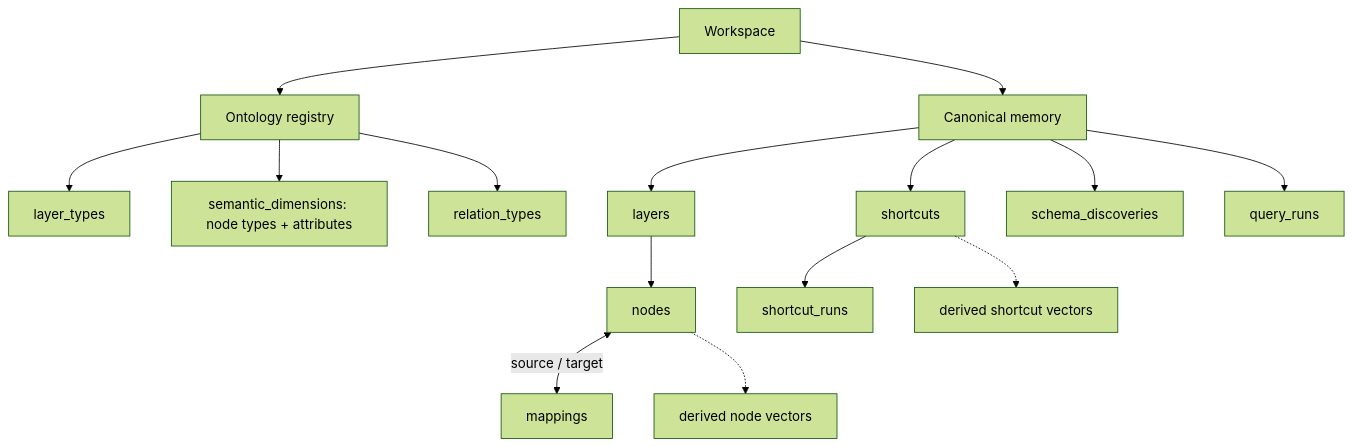
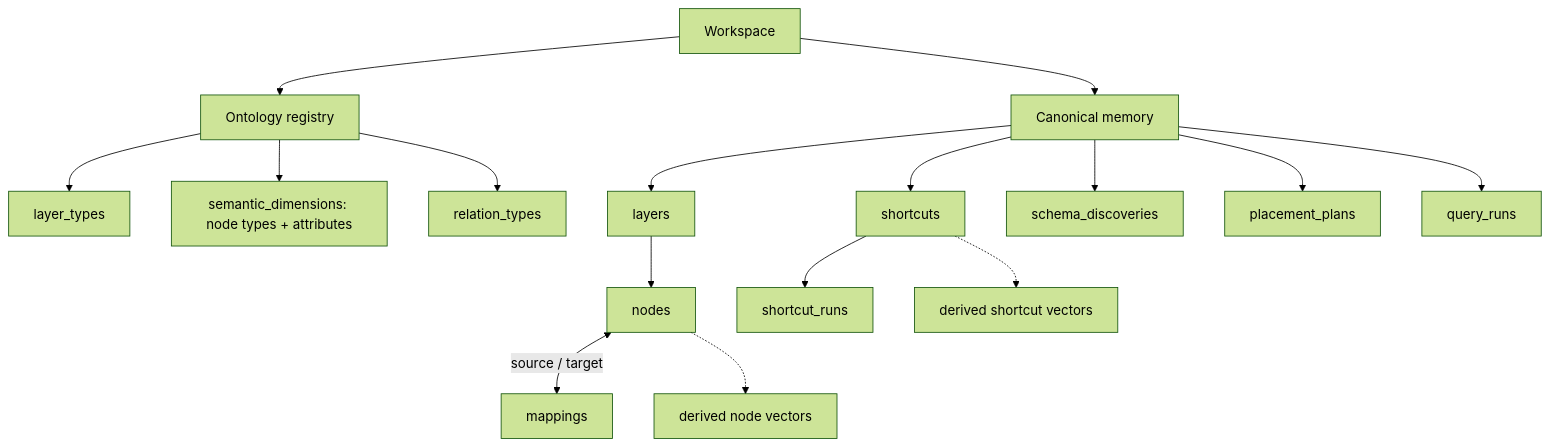
One commit to rsb0328/an-essay-concerning-llm-understanding changed the diagram in docs/DATA_MODEL.md. Above: the diagram before and after it, drawn with Mermaid (forest theme). The commit also changed other lines of this file and 14 other files, not shown here.

````diff
--- a/docs/DATA_MODEL.md
+++ b/docs/DATA_MODEL.md
@@ -29,20 +32,21 @@
 ```mermaid
 flowchart TB
     W["Workspace"]
     W --> O["Ontology registry"]
     O --> LT["layer_types"]
     O --> SD["semantic_dimensions: node types + attributes"]
     O --> RT["relation_types"]
 
     W --> CM["Canonical memory"]
     CM --> L["layers"]
     L --> N["nodes"]
     N <-->|"source / target"| M["mappings"]
     CM --> S["shortcuts"]
     CM --> D["schema_discoveries"]
+    CM --> PP["placement_plans"]
     CM --> QR["query_runs"]
     S --> SR["shortcut_runs"]
 
     N -.-> NV["derived node vectors"]
     S -.-> SV["derived shortcut vectors"]
 ```
````
